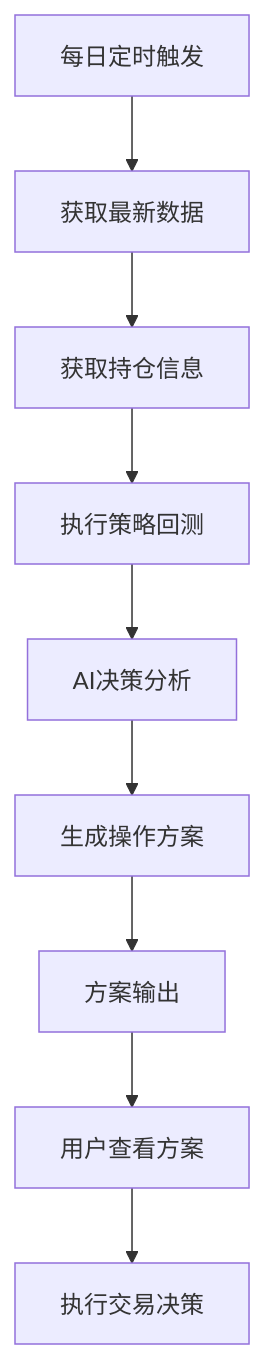
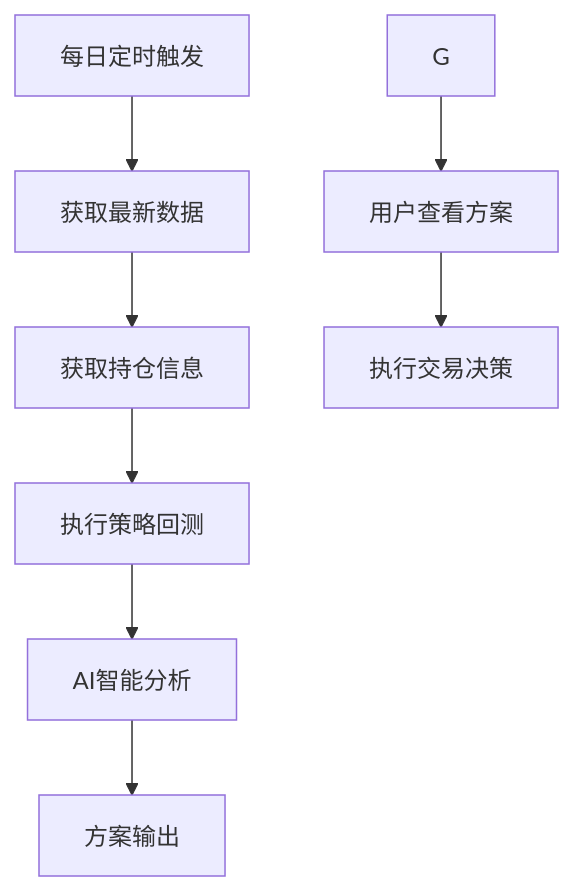
One commit to Casper-Mars/trading changed the fifth of 7 diagrams in .trae/documents/quantitative_system_prd.md. Above: the diagram before and after it, drawn with Mermaid. The commit also changed other lines of this file, not shown here.

````diff
--- a/.trae/documents/quantitative_system_prd.md
+++ b/.trae/documents/quantitative_system_prd.md
@@ -572,11 +557,10 @@
 ```mermaid
 flowchart TD
     A[每日定时触发] --> B[获取最新数据]
     B --> C[获取持仓信息]
     C --> D[执行策略回测]
-    D --> E[AI决策分析]
-    E --> F[生成操作方案]
-    F --> G[方案输出]
+    D --> E[AI智能分析]
+    E --> F[方案输出]
     G --> H[用户查看方案]
     H --> I[执行交易决策]
 ```
````
